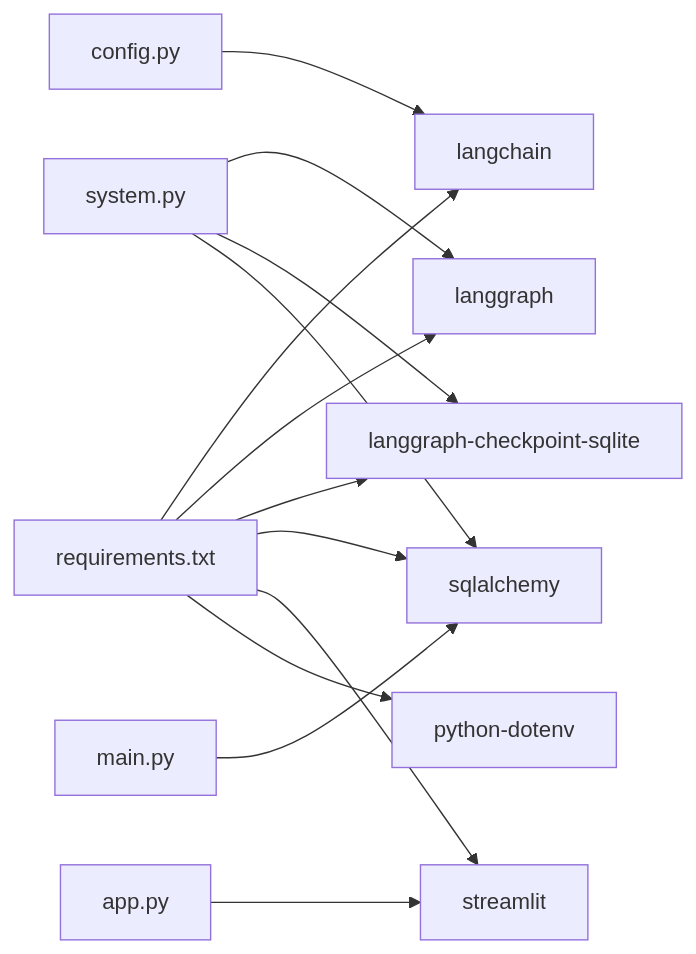
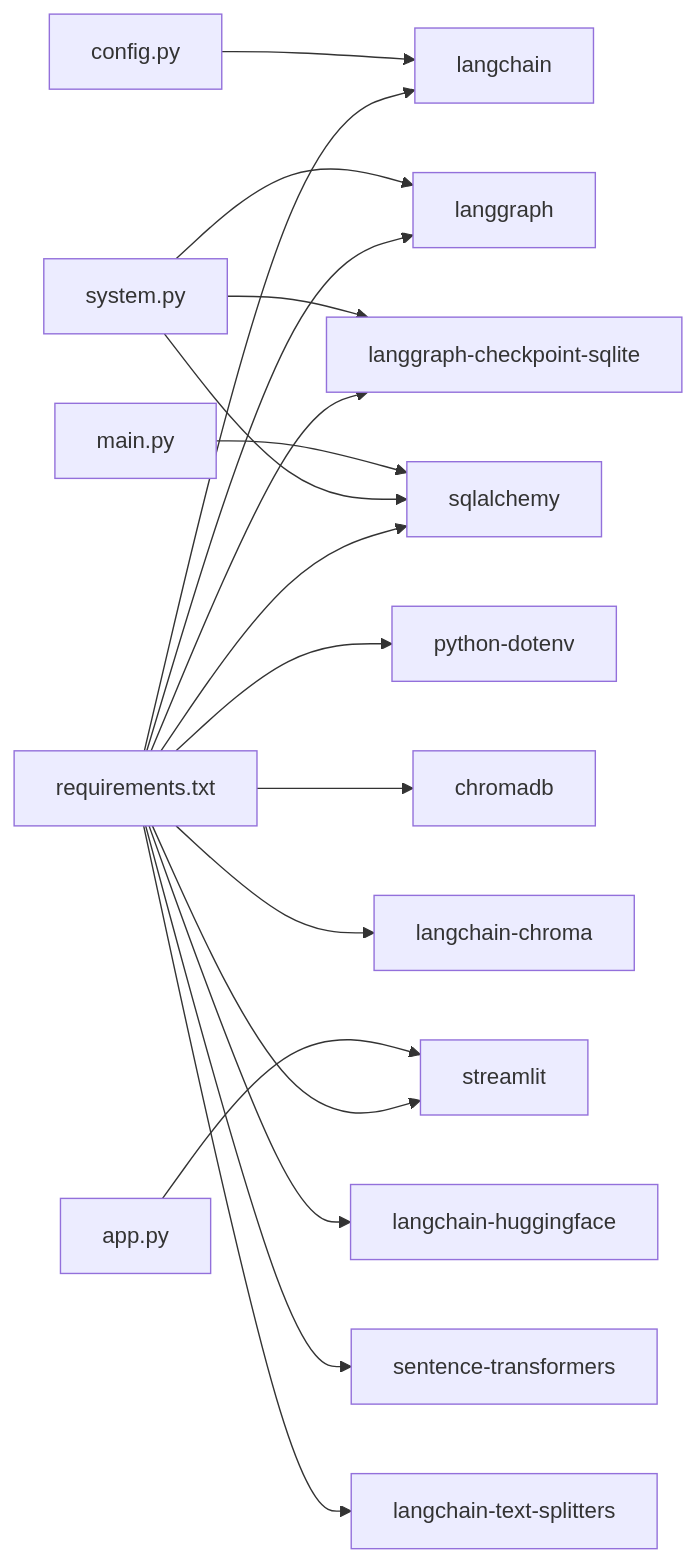
The sixth of 6 diagrams in .qoder/repowiki/zh/content/部署运维指南/部署运维指南.md (Yijtu/multi-agent-customer-service), drawn with Mermaid before and after one commit. The commit also changed other lines of this file and 28 other files, not shown here.

````diff
--- a/.qoder/repowiki/zh/content/部署运维指南/部署运维指南.md
+++ b/.qoder/repowiki/zh/content/部署运维指南/部署运维指南.md
@@ -324,15 +364,20 @@
 ```mermaid
 graph LR
 REQ["requirements.txt"] --> LC["langchain"]
 REQ --> LG["langgraph"]
 REQ --> LCG["langgraph-checkpoint-sqlite"]
 REQ --> SA["sqlalchemy"]
 REQ --> ST["streamlit"]
 REQ --> DOT["python-dotenv"]
+REQ --> CHROMA["chromadb"]
+REQ --> LCH["langchain-chroma"]
+REQ --> HF["langchain-huggingface"]
+REQ --> STB["sentence-transformers"]
+REQ --> LTS["langchain-text-splitters"]
 CFG["config.py"] --> LC
 SYS["system.py"] --> LG
 SYS --> LCG
 SYS --> SA
 APP["app.py"] --> ST
 MAIN["main.py"] --> SA
 ```
````
